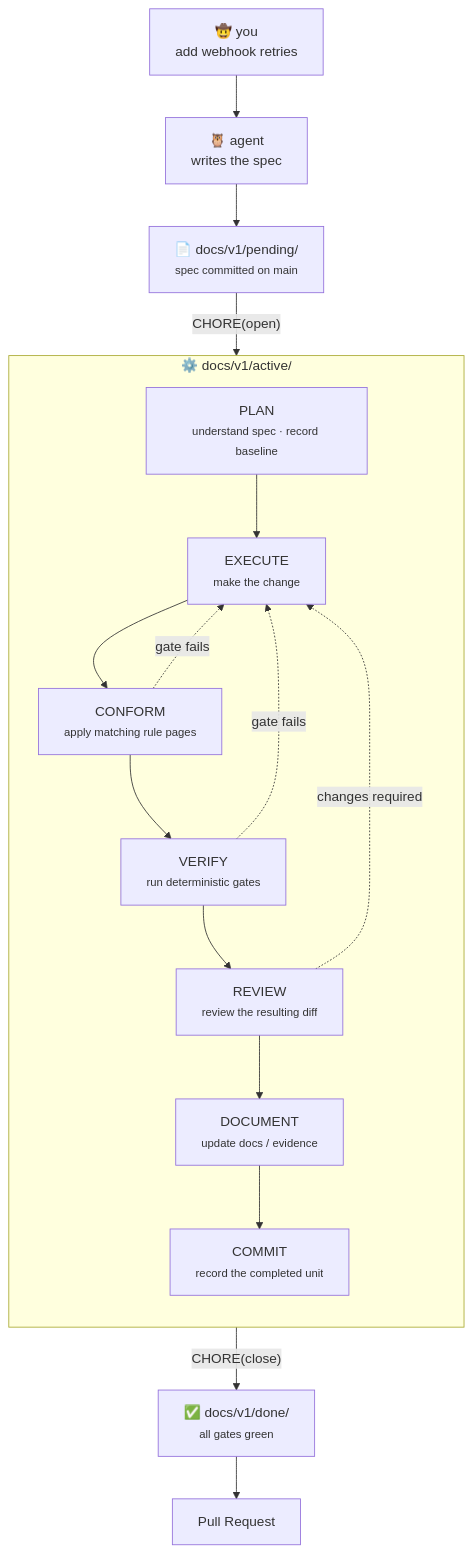
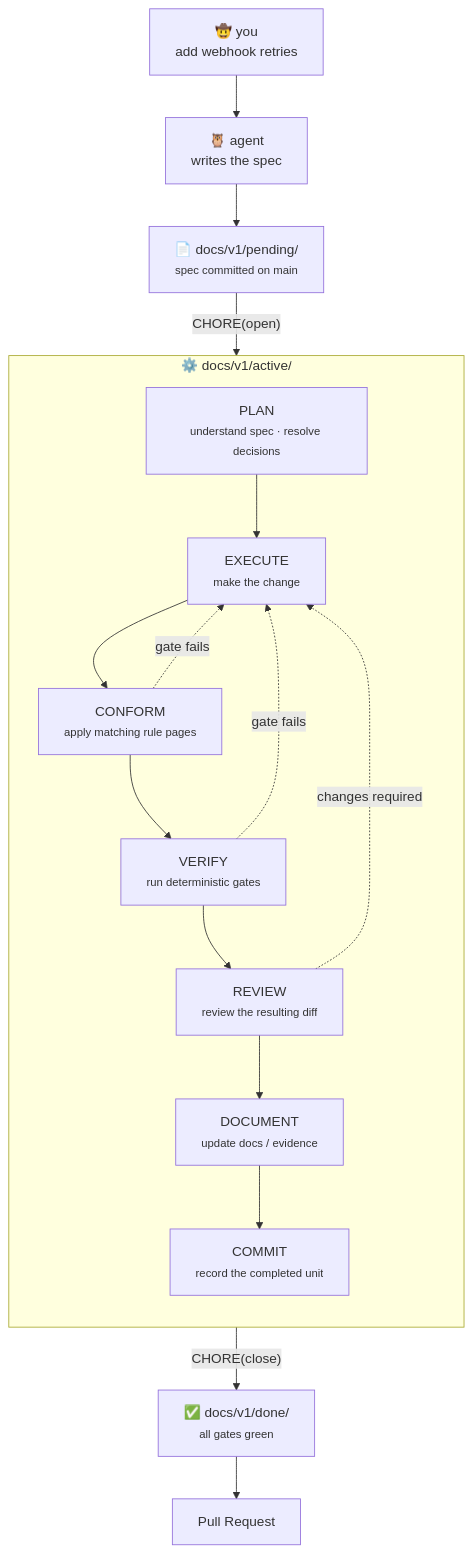
Before and after one commit to agentsfleet/orly: the second of 2 diagrams in README.md, drawn with Mermaid. The commit also changed other lines of this file and 36 other files, not shown here.

````diff
--- a/README.md
+++ b/README.md
@@ -134,36 +152,36 @@
 ```mermaid
 flowchart TB
     you["🤠 you<br/>add webhook retries"]
     agent["🦉 agent<br/>writes the spec"]
     pending["📄 docs/v1/pending/<br/><small>spec committed on main</small>"]
 
     you --> agent
     agent --> pending
     pending -->|"CHORE(open)"| plan
 
     subgraph active["⚙️ docs/v1/active/"]
         direction TB
 
-        plan["PLAN<br/><small>understand spec · record baseline</small>"]
+        plan["PLAN<br/><small>understand spec · resolve decisions</small>"]
         execute["EXECUTE<br/><small>make the change</small>"]
         conform["CONFORM<br/><small>apply matching rule pages</small>"]
         verify["VERIFY<br/><small>run deterministic gates</small>"]
         review["REVIEW<br/><small>review the resulting diff</small>"]
         document["DOCUMENT<br/><small>update docs / evidence</small>"]
         commit["COMMIT<br/><small>record the completed unit</small>"]
 
         plan --> execute
         execute --> conform
         conform --> verify
         verify --> review
         review --> document
         document --> commit
 
         conform -. "gate fails" .-> execute
         verify -. "gate fails" .-> execute
         review -. "changes required" .-> execute
     end
 
     commit -->|"CHORE(close)"| done["✅ docs/v1/done/<br/><small>all gates green</small>"]
     done --> pr["Pull Request"]
 ```
````
